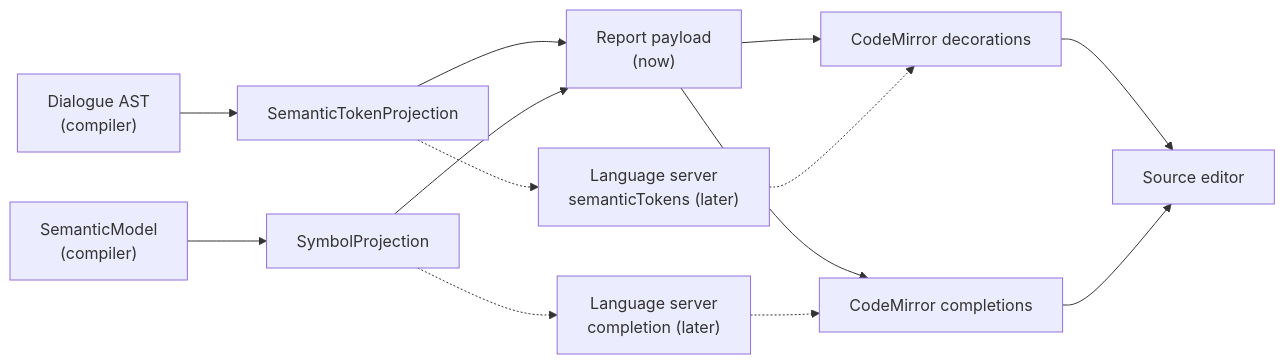
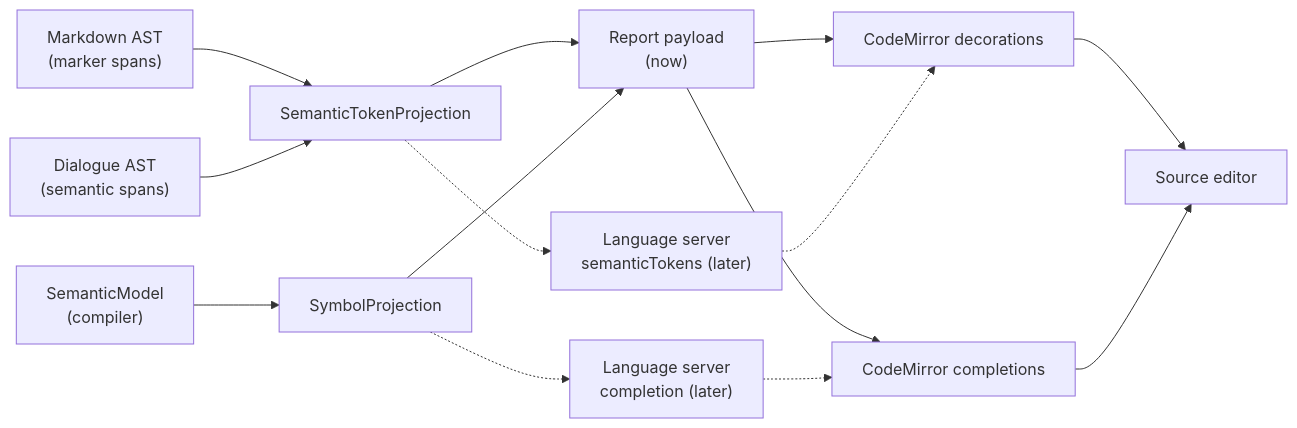
One commit to pengzhengyi/dialoguedown changed the diagram in docs/contributing/design-notes/Compiler-Projected Editor Semantics.md. Above: the diagram before and after it, drawn with Mermaid. The commit also changed other lines of this file and 54 other files, not shown here.

````diff
--- a/docs/contributing/design-notes/Compiler-Projected Editor Semantics.md
+++ b/docs/contributing/design-notes/Compiler-Projected Editor Semantics.md
@@ -161,15 +164,16 @@
 ```mermaid
 flowchart LR
-    AST["Dialogue AST<br/>(compiler)"] --> TP["SemanticTokenProjection"]
+    MD["Markdown AST<br/>(marker spans)"] --> TP["SemanticTokenProjection"]
+    AST["Dialogue AST<br/>(semantic spans)"] --> TP
     SM["SemanticModel<br/>(compiler)"] --> SP["SymbolProjection"]
     TP --> PAY["Report payload<br/>(now)"]
     SP --> PAY
     TP -.-> LSP["Language server<br/>semanticTokens (later)"]
     SP -.-> LSPC["Language server<br/>completion (later)"]
     PAY --> HL["CodeMirror decorations"]
     PAY --> CMP["CodeMirror completions"]
     LSP -.-> HL
     LSPC -.-> CMP
     HL --> ED["Source editor"]
     CMP --> ED
 ```
````
